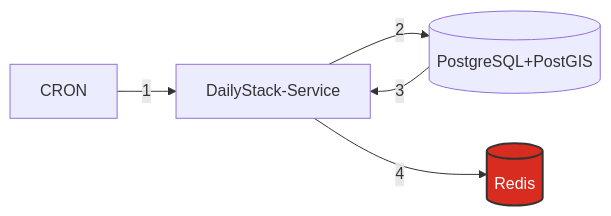
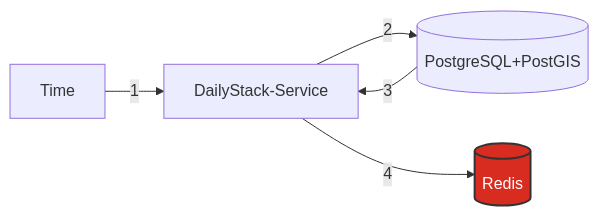
Before and after one commit to isOdin-l/TinderArt: the sixth of 9 diagrams in docs/workflow-simple.md, drawn with Mermaid. The commit also changed other lines of this file and 5 other files, not shown here.

Commit message:
docs: updated workflow, architecture, structures docs

````diff
--- a/docs/workflow-simple.md
+++ b/docs/workflow-simple.md
@@ -197,13 +159,11 @@
 ```mermaid
 flowchart LR
 classDef redis fill:#d82c20,stroke:#333,stroke-width:2px,color:white;
 
 Stack["DailyStack-Service"]
-
 Cache[("Redis")]:::redis
 DB_Profile[("PostgreSQL+PostGIS")]
-Cron["CRON"]
 
-Cron-->|1| Stack-->|2| DB_Profile-->|3| Stack-->|4| Cache
+Time-->|1| Stack-->|2| DB_Profile-->|3| Stack-->|4| Cache
 
 ```
````
